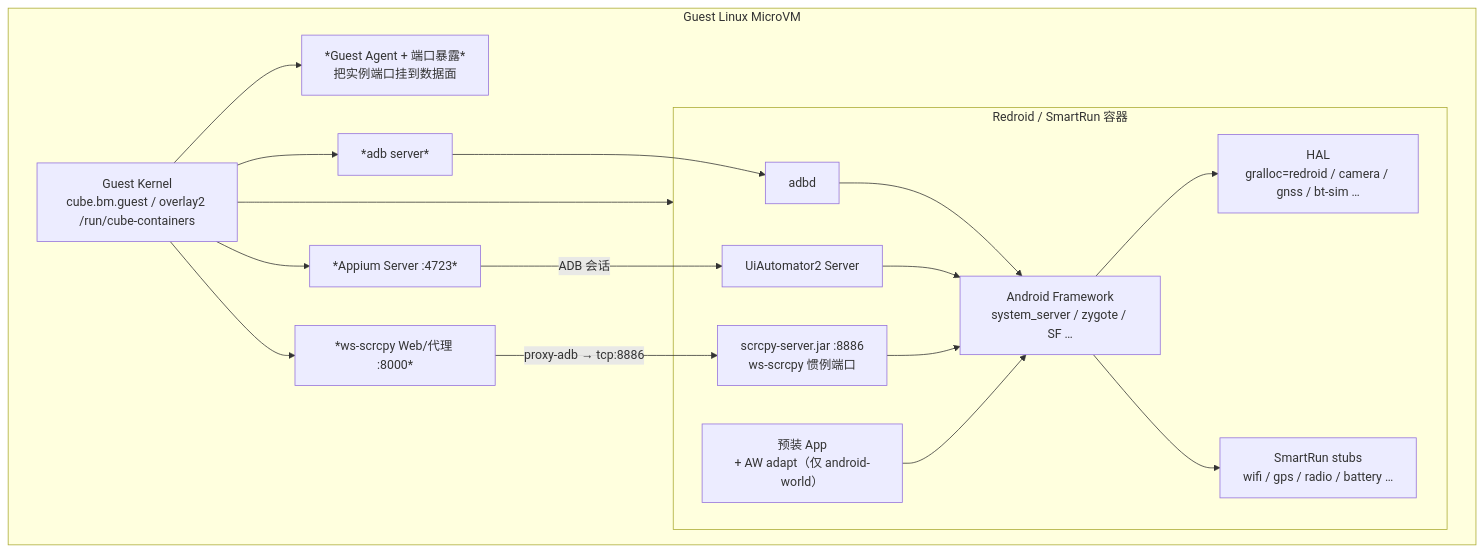
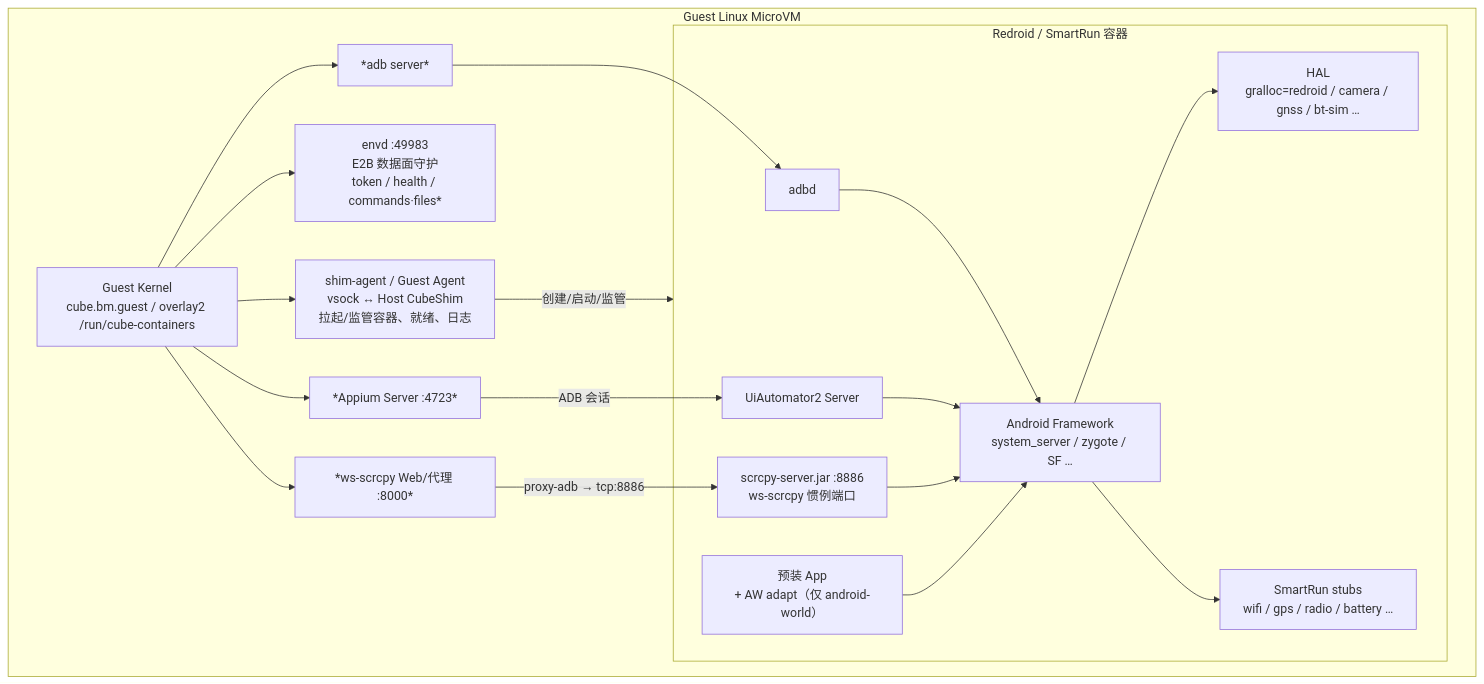
Before and after one commit to LOLHenry/android-cuttlefish: the first of 6 diagrams in docs/architecture/ags-mobile-cube-runtime.md, drawn with Mermaid. The commit also changed other lines of this file, not shown here.

First line of the commit message:
docs: add envd and shim-agent to Guest Linux module map

````diff
--- a/docs/architecture/ags-mobile-cube-runtime.md
+++ b/docs/architecture/ags-mobile-cube-runtime.md
@@ -13,37 +17,40 @@
 ```mermaid
 flowchart TB
   subgraph Guest["Guest Linux MicroVM"]
     Kernel["Guest Kernel<br/>cube.bm.guest / overlay2 /run/cube-containers"]
-    Agent["*Guest Agent + 端口暴露*<br/>把实例端口挂到数据面"]
+
+    ShimAgent["shim-agent / Guest Agent<br/>vsock ↔ Host CubeShim<br/>拉起/监管容器、就绪、日志"]
+    Envd["envd :49983<br/>E2B 数据面守护<br/>token / health / commands·files*"]
     AdbSrv["*adb server*"]
     Appium["*Appium Server :4723*"]
     ScrcpyWeb["*ws-scrcpy Web/代理 :8000*"]
 
     subgraph Redroid["Redroid / SmartRun 容器"]
       ADBD["adbd"]
       UIA2["UiAutomator2 Server"]
       ScrcpySrv["scrcpy-server.jar :8886<br/>ws-scrcpy 惯例端口"]
       FW["Android Framework<br/>system_server / zygote / SF …"]
       HAL["HAL<br/>gralloc=redroid / camera / gnss / bt-sim …"]
       Stubs["SmartRun stubs<br/>wifi / gps / radio / battery …"]
       Apps["预装 App<br/>+ AW adapt（仅 android-world）"]
     end
 
-    Kernel --> Agent
+    Kernel --> ShimAgent
+    Kernel --> Envd
     Kernel --> AdbSrv
     Kernel --> Appium
     Kernel --> ScrcpyWeb
-    Kernel --> Redroid
+    ShimAgent -->|"创建/启动/监管"| Redroid
 
     Appium -->|"ADB 会话"| UIA2
     ScrcpyWeb -->|"proxy-adb → tcp:8886"| ScrcpySrv
     AdbSrv --> ADBD
 
     ADBD --> FW
     UIA2 --> FW
     ScrcpySrv --> FW
     FW --> HAL
     FW --> Stubs
     Apps --> FW
   end
 ```
````
